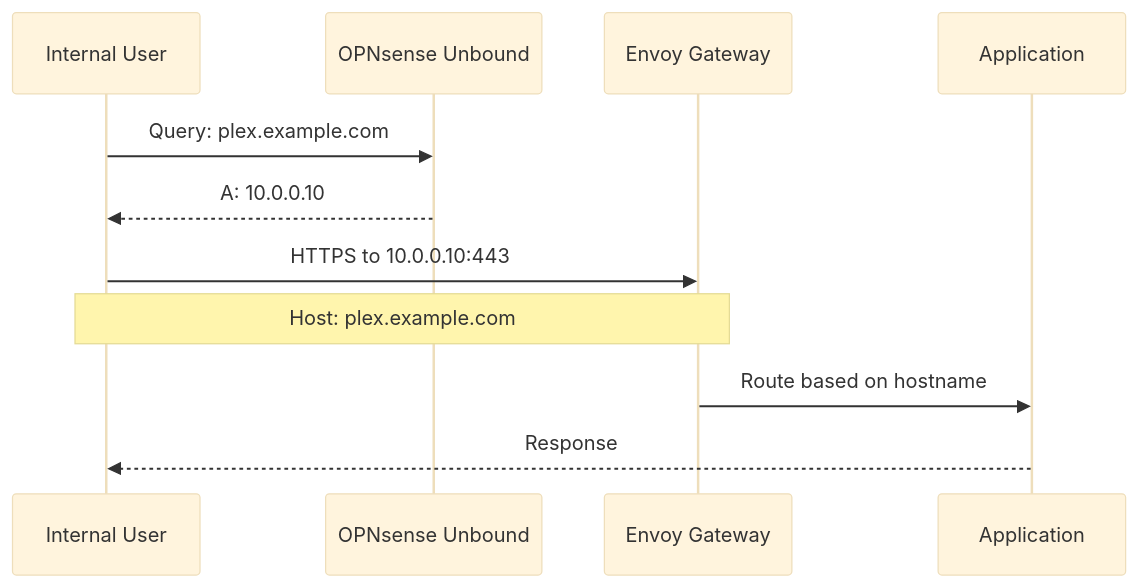
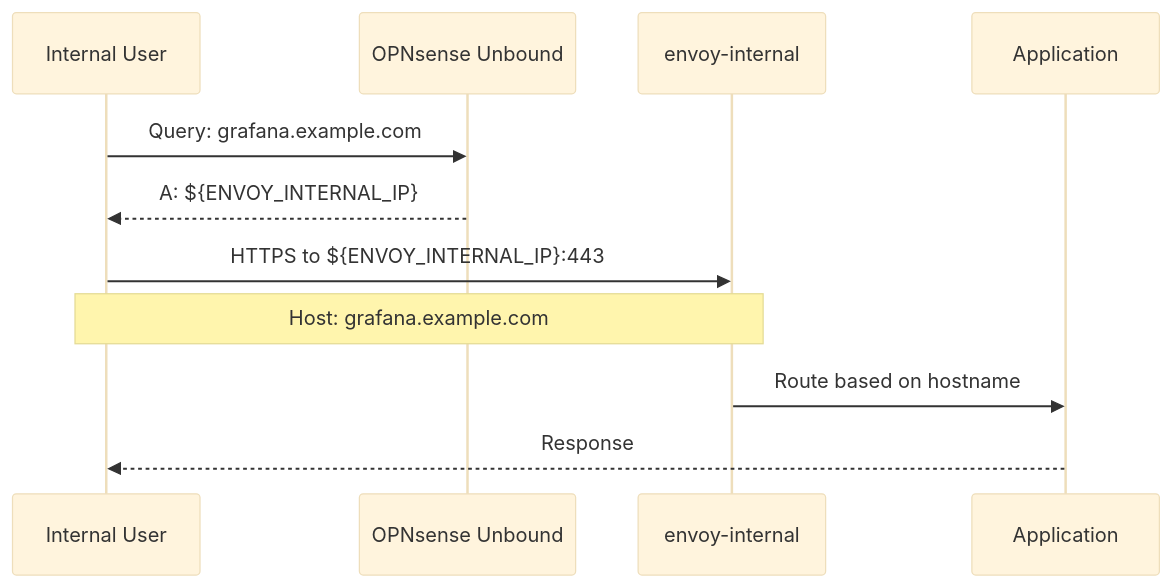
The third of 6 diagrams in docs/docs/architecture/split-dns.md (LukeEvansTech/talos-cluster), drawn with Mermaid (base theme) before and after one commit. The commit also changed other lines of this file and 28 other files, not shown here.

````diff
--- a/docs/docs/architecture/split-dns.md
+++ b/docs/docs/architecture/split-dns.md
@@ -78,14 +81,14 @@
 ```mermaid
 sequenceDiagram
     participant User as Internal User
     participant DNS as OPNsense Unbound
-    participant Envoy as Envoy Gateway
+    participant Envoy as envoy-internal
     participant App as Application
 
-    User->>DNS: Query: plex.example.com
-    DNS-->>User: A: 10.0.0.10
-    User->>Envoy: HTTPS to 10.0.0.10:443
-    Note over User,Envoy: Host: plex.example.com
+    User->>DNS: Query: grafana.example.com
+    DNS-->>User: A: ${ENVOY_INTERNAL_IP}
+    User->>Envoy: HTTPS to ${ENVOY_INTERNAL_IP}:443
+    Note over User,Envoy: Host: grafana.example.com
     Envoy->>App: Route based on hostname
     App-->>User: Response
 ```
````
